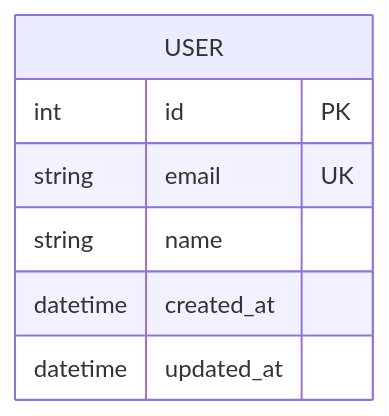
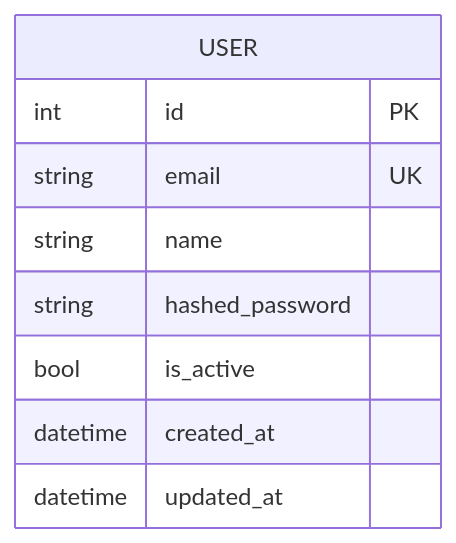
Before and after one commit to dangquan1402/dev-workflow-template: the diagram in docs/reference/erd.md, drawn with Mermaid. The commit also changed other lines of this file and 3 other files, not shown here.

First line of the commit message:
docs: define FastAPI MVC + RIRO architecture before implementation

````diff
--- a/docs/reference/erd.md
+++ b/docs/reference/erd.md
@@ -7,10 +5,12 @@
 ```mermaid
 erDiagram
     USER {
         int id PK
         string email UK
         string name
+        string hashed_password
+        bool is_active
         datetime created_at
         datetime updated_at
     }
 ```
````
